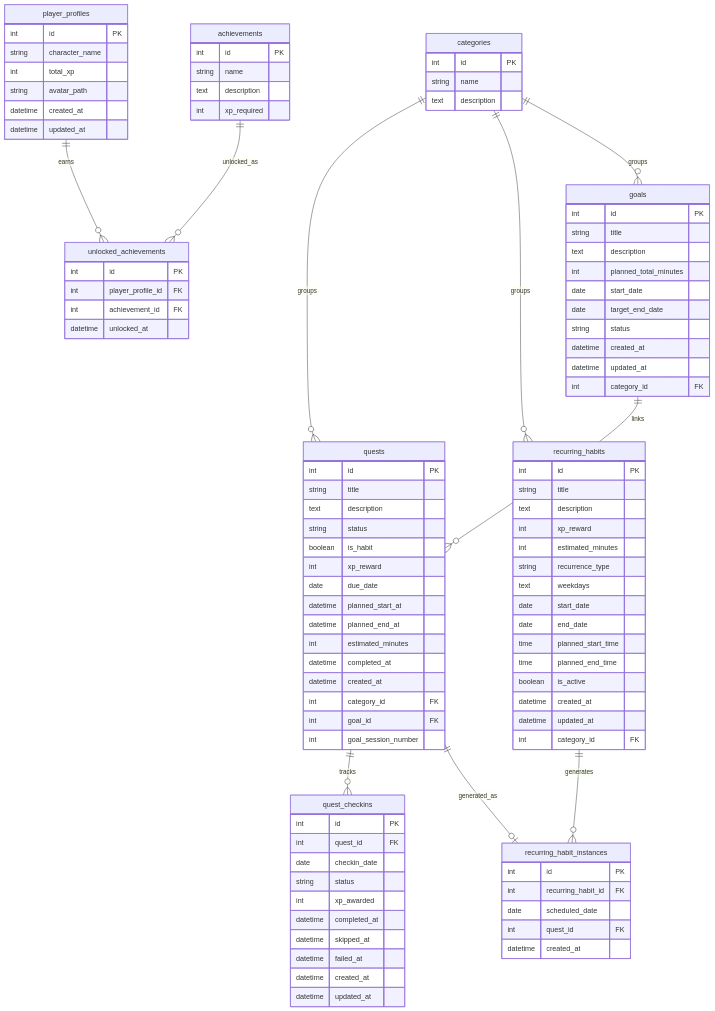
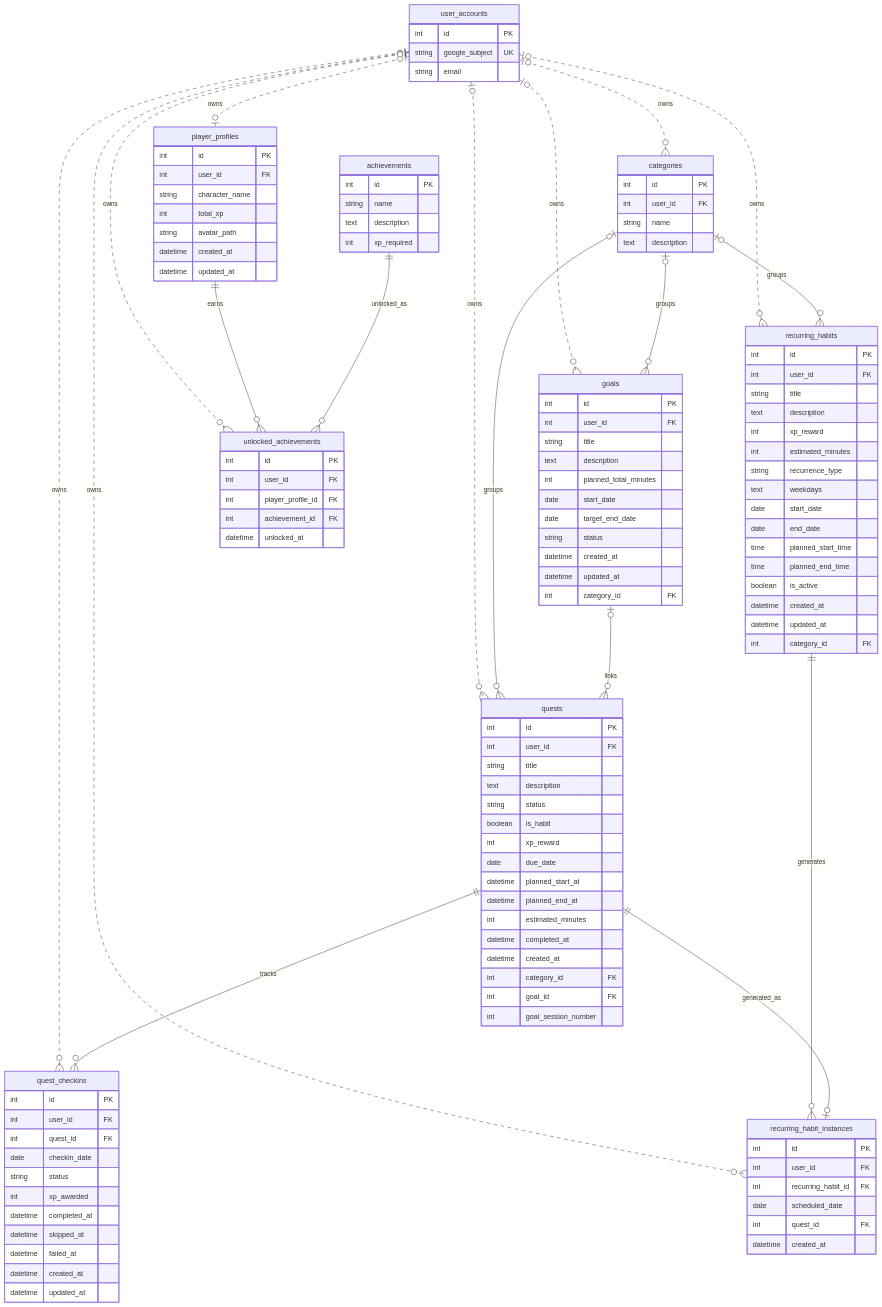
The diagram in docs/data_model.md (BaseMar/habit-quest-analytics), drawn with Mermaid before and after one commit. The commit also changed other lines of this file and 11 other files, not shown here.

Commit message:
docs: establish current project roadmap and development guidelines

````diff
--- a/docs/data_model.md
+++ b/docs/data_model.md
@@ -267,23 +286,39 @@
 ```mermaid
 erDiagram
-    categories ||--o{ quests : groups
-    categories ||--o{ recurring_habits : groups
-    categories ||--o{ goals : groups
-    goals ||--o{ quests : links
+    user_accounts |o..o{ categories : owns
+    user_accounts |o..o{ goals : owns
+    user_accounts |o..o{ quests : owns
+    user_accounts |o..o{ quest_checkins : owns
+    user_accounts |o..o{ recurring_habits : owns
+    user_accounts |o..o{ recurring_habit_instances : owns
+    user_accounts |o..o| player_profiles : owns
+    user_accounts |o..o{ unlocked_achievements : owns
+    categories |o--o{ quests : groups
+    categories |o--o{ recurring_habits : groups
+    categories |o--o{ goals : groups
+    goals |o--o{ quests : links
     quests ||--o{ quest_checkins : tracks
     recurring_habits ||--o{ recurring_habit_instances : generates
     quests ||--o| recurring_habit_instances : generated_as
     player_profiles ||--o{ unlocked_achievements : earns
     achievements ||--o{ unlocked_achievements : unlocked_as
 
+    user_accounts {
+        int id PK
+        string google_subject UK
+        string email
+    }
+
     categories {
         int id PK
+        int user_id FK
         string name
         text description
     }
 
     quests {
         int id PK
+        int user_id FK
         string title
         text description
         string status
@@ -302,6 +337,7 @@
 
     goals {
         int id PK
+        int user_id FK
         string title
         text description
         int planned_total_minutes
@@ -315,6 +351,7 @@
 
     quest_checkins {
         int id PK
+        int user_id FK
         int quest_id FK
         date checkin_date
         string status
@@ -328,6 +365,7 @@
 
     recurring_habits {
         int id PK
+        int user_id FK
         string title
         text description
         int xp_reward
@@ -346,6 +384,7 @@
 
     recurring_habit_instances {
         int id PK
+        int user_id FK
         int recurring_habit_id FK
         date scheduled_date
         int quest_id FK
@@ -354,6 +393,7 @@
 
     player_profiles {
         int id PK
+        int user_id FK
         string character_name
         int total_xp
         string avatar_path
@@ -370,6 +410,7 @@
 
     unlocked_achievements {
         int id PK
+        int user_id FK
         int player_profile_id FK
         int achievement_id FK
         datetime unlocked_at
````
